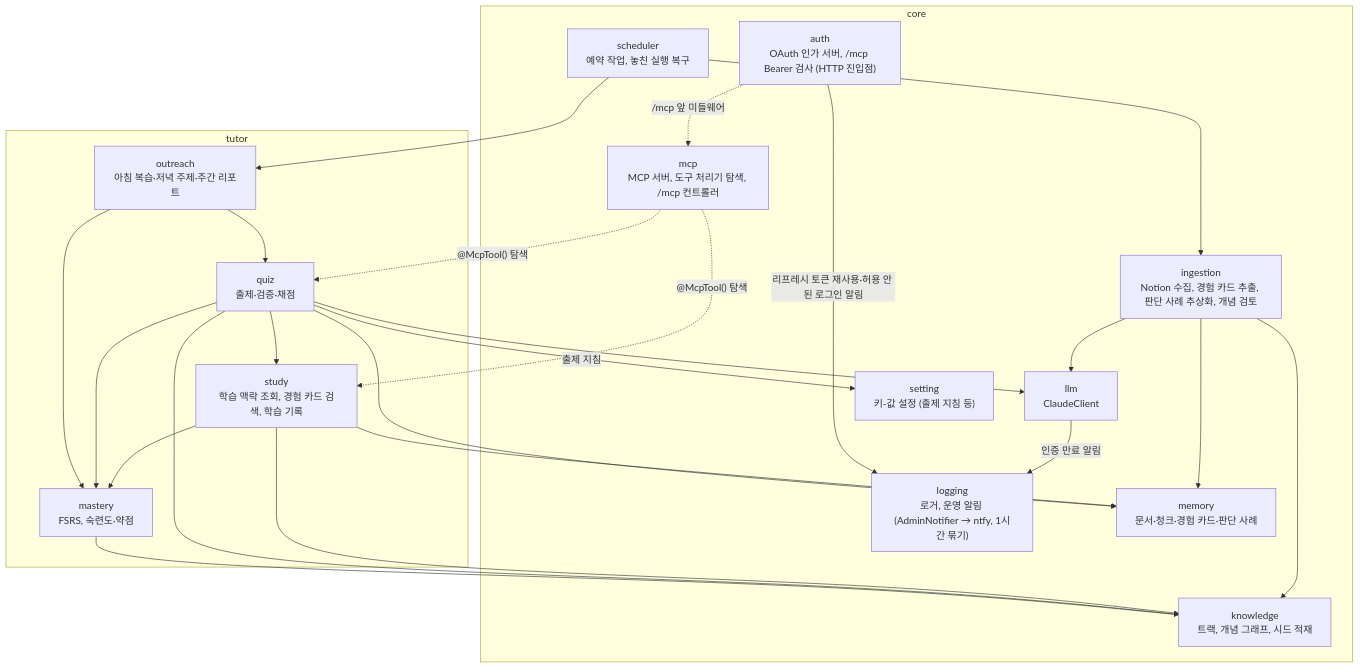
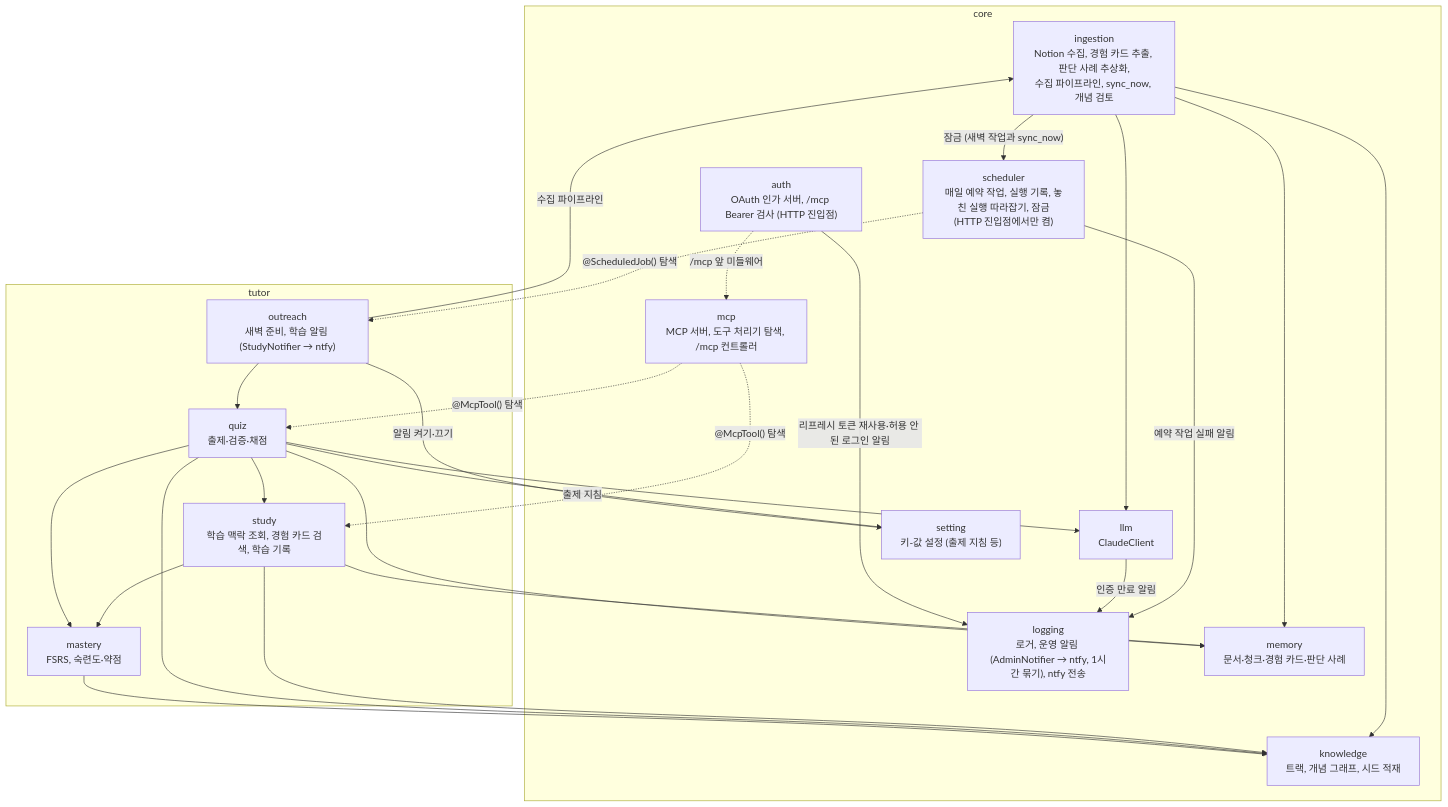
One commit to Wonchang0314/growth-assistant changed the diagram in docs/architecture/c4-3-component.md. Above: the diagram before and after it, drawn with Mermaid. The commit also changed other lines of this file and 55 other files, not shown here.

First line of the commit message:
feat: 5단계 예약 작업 (스케줄러, 새벽 준비, 학습 알림, sync_now)

````diff
--- a/docs/architecture/c4-3-component.md
+++ b/docs/architecture/c4-3-component.md
@@ -5,48 +5,50 @@
 ```mermaid
 flowchart TB
     subgraph core
         mcp["mcp<br/>MCP 서버, 도구 처리기 탐색, /mcp 컨트롤러"]
         auth["auth<br/>OAuth 인가 서버, /mcp Bearer 검사 (HTTP 진입점)"]
         llm["llm<br/>ClaudeClient"]
-        logging["logging<br/>로거, 운영 알림 (AdminNotifier → ntfy, 1시간 묶기)"]
+        logging["logging<br/>로거, 운영 알림 (AdminNotifier → ntfy, 1시간 묶기), ntfy 전송"]
         memory["memory<br/>문서·청크·경험 카드·판단 사례"]
         knowledge["knowledge<br/>트랙, 개념 그래프, 시드 적재"]
-        ingestion["ingestion<br/>Notion 수집, 경험 카드 추출, 판단 사례 추상화, 개념 검토"]
-        scheduler["scheduler<br/>예약 작업, 놓친 실행 복구"]
+        ingestion["ingestion<br/>Notion 수집, 경험 카드 추출, 판단 사례 추상화,<br/>수집 파이프라인, sync_now, 개념 검토"]
+        scheduler["scheduler<br/>매일 예약 작업, 실행 기록, 놓친 실행 따라잡기, 잠금<br/>(HTTP 진입점에서만 켬)"]
         setting["setting<br/>키-값 설정 (출제 지침 등)"]
     end
 
     subgraph tutor
         study["study<br/>학습 맥락 조회, 경험 카드 검색, 학습 기록"]
         quiz["quiz<br/>출제·검증·채점"]
         mastery["mastery<br/>FSRS, 숙련도·약점"]
-        outreach["outreach<br/>아침 복습·저녁 주제·주간 리포트"]
+        outreach["outreach<br/>새벽 준비, 학습 알림 (StudyNotifier → ntfy)"]
     end
 
     mcp -.->|"@McpTool() 탐색"| study
     mcp -.->|"@McpTool() 탐색"| quiz
-    scheduler --> outreach
-    scheduler --> ingestion
+    scheduler -.->|"@ScheduledJob() 탐색"| outreach
+    scheduler -->|"예약 작업 실패 알림"| logging
+    ingestion -->|"잠금 (새벽 작업과 sync_now)"| scheduler
     llm -->|"인증 만료 알림"| logging
     auth -->|"리프레시 토큰 재사용·허용 안 된 로그인 알림"| logging
     auth -.->|"/mcp 앞 미들웨어"| mcp
     quiz -->|"출제 지침"| setting
 
     ingestion --> llm
     ingestion --> memory
     ingestion --> knowledge
 
     study --> memory
     study --> knowledge
     study --> mastery
 
     quiz --> llm
     quiz --> mastery
     quiz --> memory
     quiz --> knowledge
     quiz --> study
 
     mastery --> knowledge
     outreach --> quiz
-    outreach --> mastery
+    outreach -->|"수집 파이프라인"| ingestion
+    outreach -->|"알림 켜기·끄기"| setting
 ```
````
